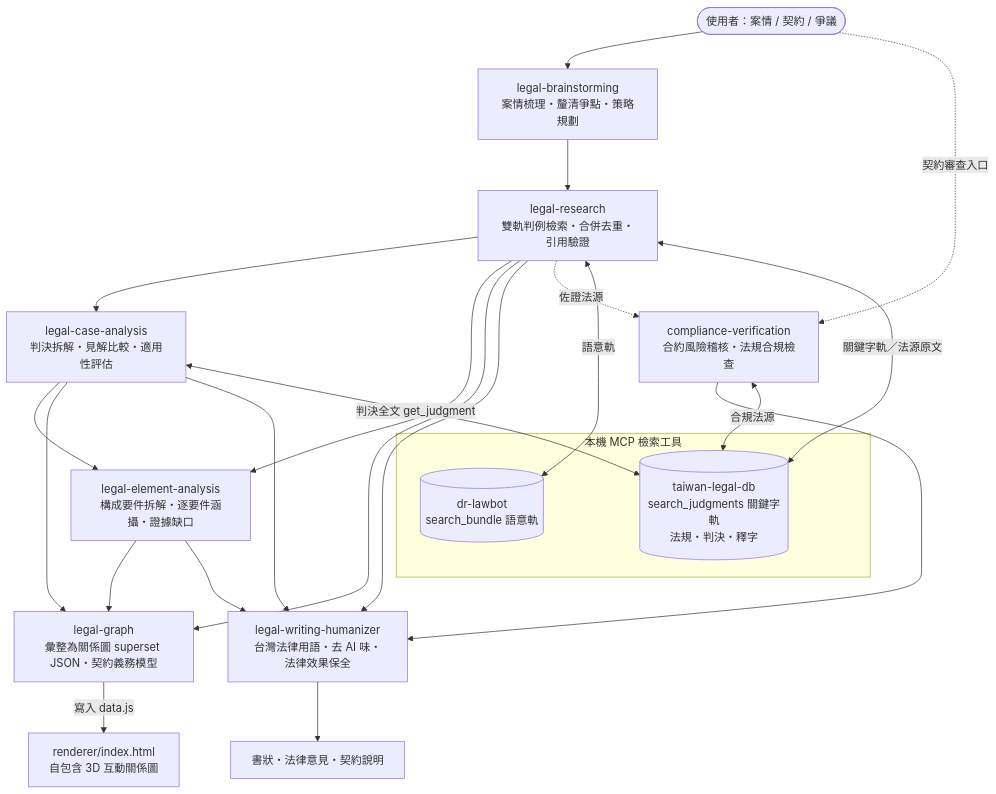
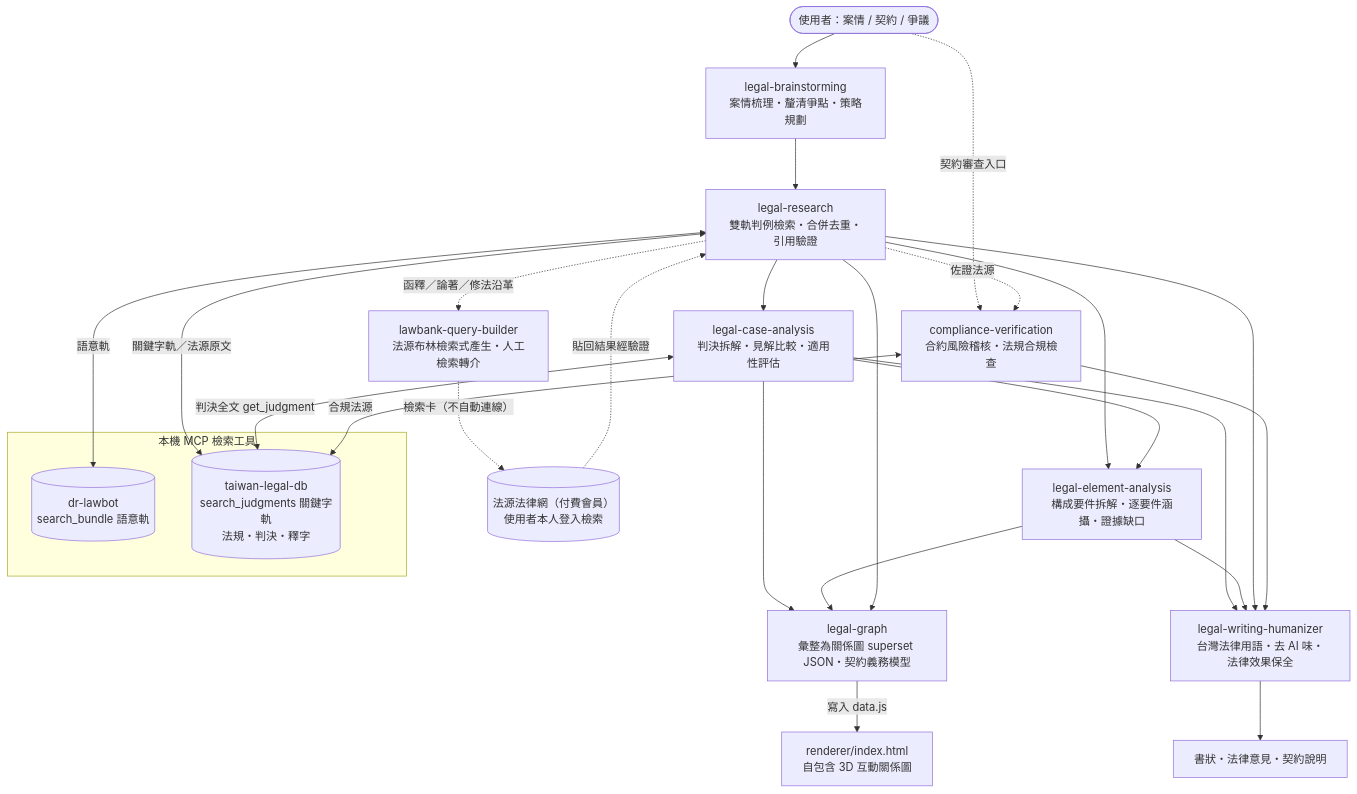
One commit to kevintsai1202/law-powers changed the diagram in README.md. Above: the diagram before and after it, drawn with Mermaid. The commit also changed other lines of this file and 3 other files, not shown here.

First line of the commit message:
feat(lawbank-query-builder): 法源法律網檢索式產生器（人工檢索轉介，不自動連線）

````diff
--- a/README.md
+++ b/README.md
@@ -117,41 +118,46 @@
 ```mermaid
 flowchart TD
     U(["使用者：案情 / 契約 / 爭議"])
     LB["legal-brainstorming<br/>案情梳理・釐清爭點・策略規劃"]
     LR["legal-research<br/>雙軌判例檢索・合併去重・引用驗證"]
     CA["legal-case-analysis<br/>判決拆解・見解比較・適用性評估"]
     EA["legal-element-analysis<br/>構成要件拆解・逐要件涵攝・證據缺口"]
     LG["legal-graph<br/>彙整為關係圖 superset JSON・契約義務模型"]
     CV["compliance-verification<br/>合約風險稽核・法規合規檢查"]
     LWH["legal-writing-humanizer<br/>台灣法律用語・去 AI 味・法律效果保全"]
     DOC["書狀・法律意見・契約說明"]
     RN["renderer/index.html<br/>自包含 3D 互動關係圖"]
+    LQB["lawbank-query-builder<br/>法源布林檢索式產生・人工檢索轉介"]
+    EXT[("法源法律網（付費會員）<br/>使用者本人登入檢索")]
     DB1[("dr-lawbot<br/>search_bundle 語意軌")]
     DB2[("taiwan-legal-db<br/>search_judgments 關鍵字軌<br/>法規・判決・釋字")]
 
     U --> LB
     U -. 契約審查入口 .-> CV
     LB --> LR
     LR --> CA
     LR --> EA
     CA --> EA
     CA --> LG
     CA --> LWH
     EA --> LG
     EA --> LWH
     LR --> LG
     LR --> LWH
     CV --> LWH
     LWH --> DOC
     LG -->|寫入 data.js| RN
     LR -. 佐證法源 .-> CV
+    LR -. 函釋／論著／修法沿革 .-> LQB
+    LQB -.->|檢索卡（不自動連線）| EXT
+    EXT -.->|貼回結果經驗證| LR
     LR <-->|語意軌| DB1
     LR <-->|關鍵字軌／法源原文| DB2
     CA <-->|判決全文 get_judgment| DB2
     CV <-->|合規法源| DB2
 
     subgraph MCP [本機 MCP 檢索工具]
         DB1
         DB2
     end
 ```
````
